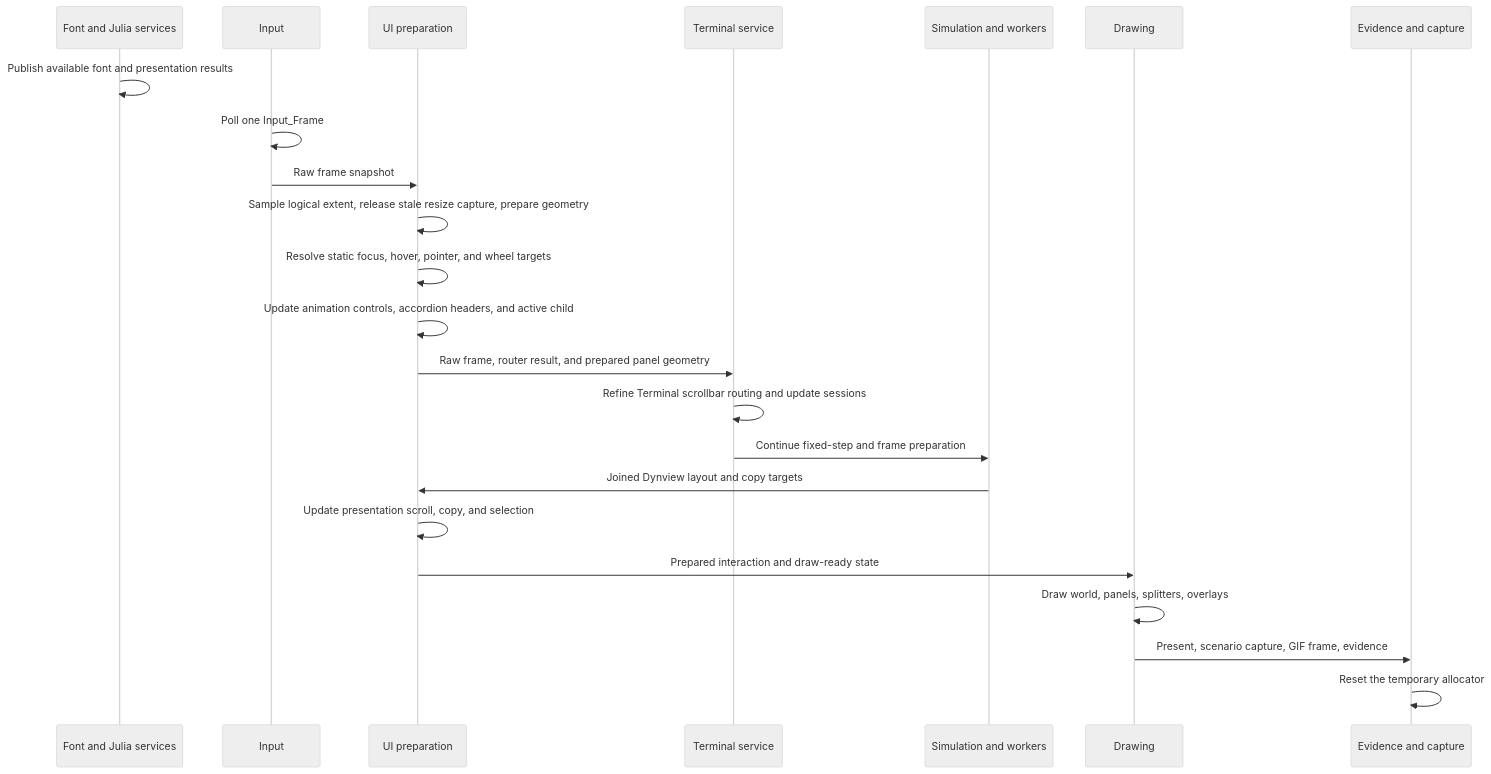
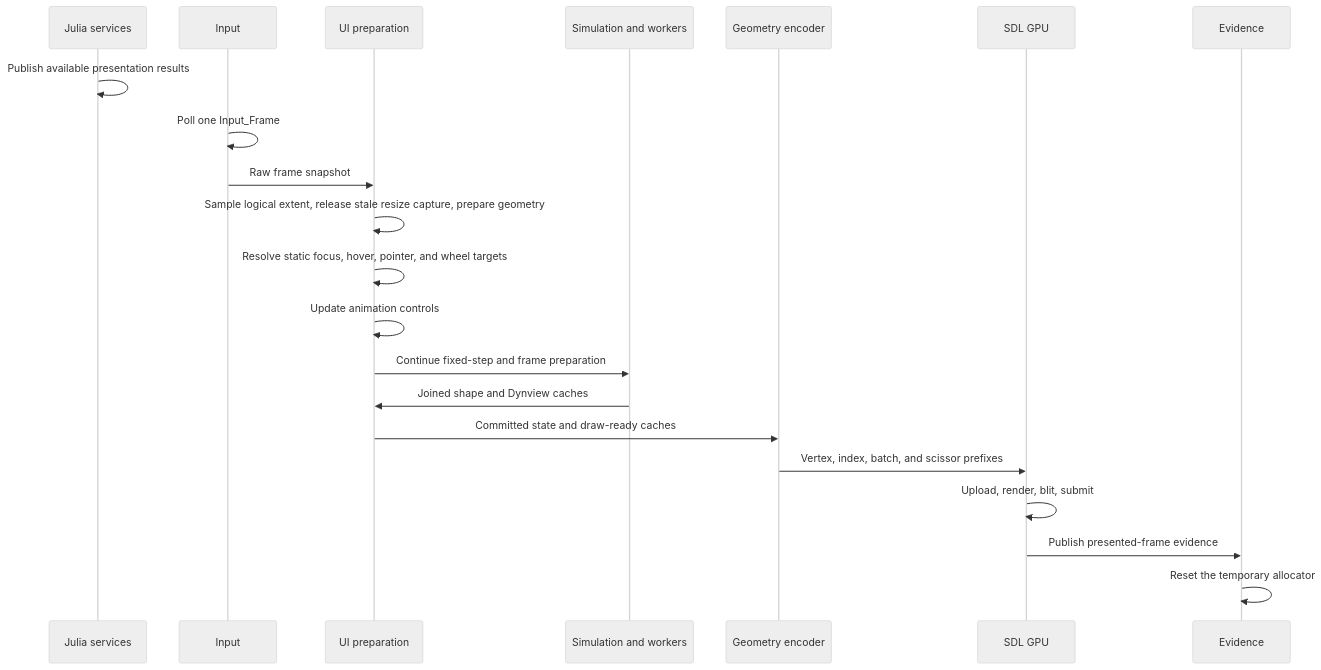
The second of 5 diagrams in docs/wiki/Guides/UiSystem.md (derekshoneycutt/Euclid), drawn with Mermaid (neutral theme) before and after one commit. The commit also changed other lines of this file and 65 other files, not shown here.

````diff
--- a/docs/wiki/Guides/UiSystem.md
+++ b/docs/wiki/Guides/UiSystem.md
@@ -153,26 +160,24 @@
 ```mermaid
 sequenceDiagram
-    participant F as Font and Julia services
+    participant F as Julia services
     participant I as Input
     participant U as UI preparation
-    participant T as Terminal service
     participant S as Simulation and workers
-    participant D as Drawing
-    participant E as Evidence and capture
+    participant D as Geometry encoder
+    participant G as SDL GPU
+    participant E as Evidence
 
-    F->>F: Publish available font and presentation results
+    F->>F: Publish available presentation results
     I->>I: Poll one Input_Frame
     I->>U: Raw frame snapshot
     U->>U: Sample logical extent, release stale resize capture, prepare geometry
     U->>U: Resolve static focus, hover, pointer, and wheel targets
-    U->>U: Update animation controls, accordion headers, and active child
-    U->>T: Raw frame, router result, and prepared panel geometry
-    T->>T: Refine Terminal scrollbar routing and update sessions
-    T->>S: Continue fixed-step and frame preparation
-    S->>U: Joined Dynview layout and copy targets
-    U->>U: Update presentation scroll, copy, and selection
-    U->>D: Prepared interaction and draw-ready state
-    D->>D: Draw world, panels, splitters, overlays
-    D->>E: Present, scenario capture, GIF frame, evidence
+    U->>U: Update animation controls
+    U->>S: Continue fixed-step and frame preparation
+    S->>U: Joined shape and Dynview caches
+    U->>D: Committed state and draw-ready caches
+    D->>G: Vertex, index, batch, and scissor prefixes
+    G->>G: Upload, render, blit, submit
+    G->>E: Publish presented-frame evidence
     E->>E: Reset the temporary allocator
 ```
````
